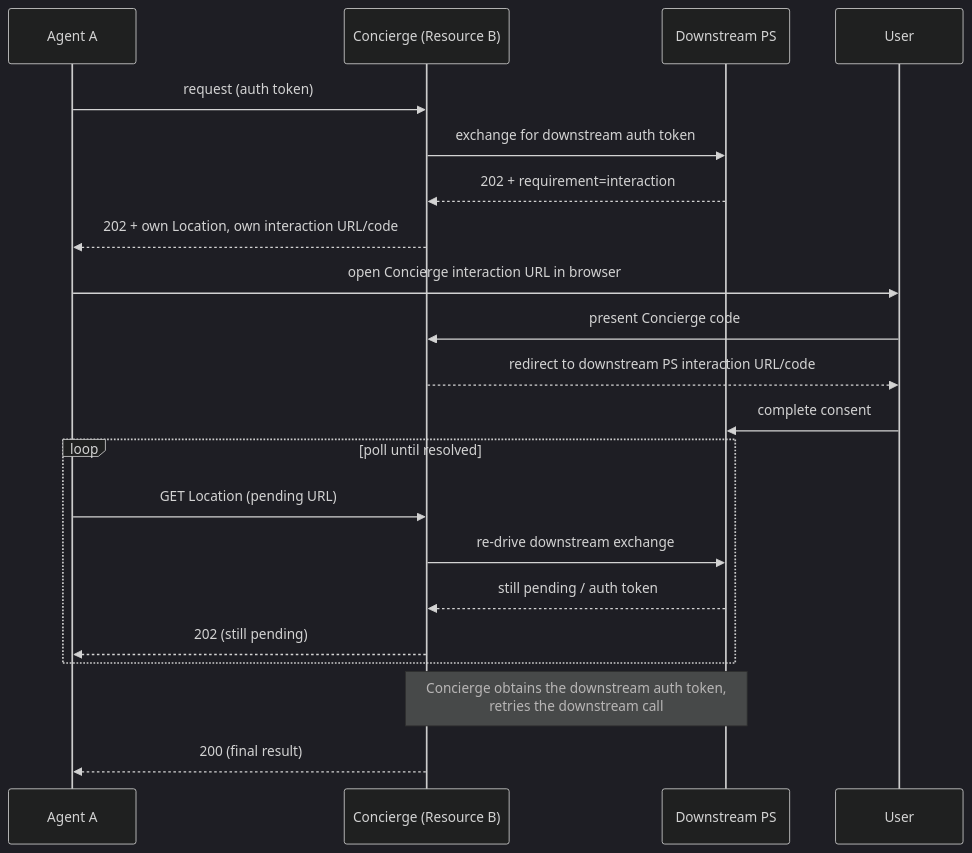
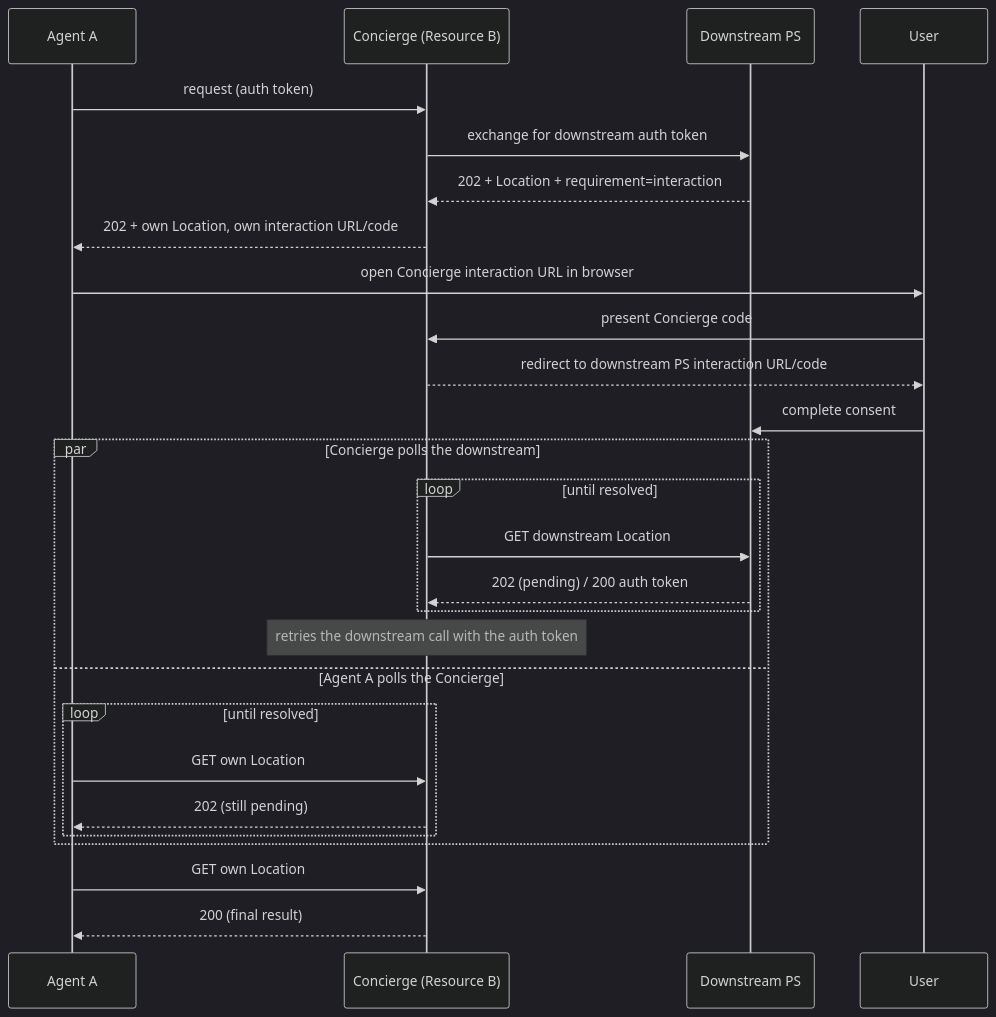
Before and after one commit to aauth-dev/dotnet-samples: the diagram in docs/advanced/interaction-chaining.md, drawn with Mermaid (dark theme). The commit also changed other lines of this file and 13 other files, not shown here.

````diff
--- a/docs/advanced/interaction-chaining.md
+++ b/docs/advanced/interaction-chaining.md
@@ -28,26 +35,32 @@
 ```mermaid
 sequenceDiagram
     participant A as Agent A
     participant C as Concierge (Resource B)
     participant PS as Downstream PS
     participant U as User
 
     A->>C: request (auth token)
     C->>PS: exchange for downstream auth token
-    PS-->>C: 202 + requirement=interaction
+    PS-->>C: 202 + Location + requirement=interaction
     C-->>A: 202 + own Location, own interaction URL/code
 
     A->>U: open Concierge interaction URL in browser
     U->>C: present Concierge code
     C-->>U: redirect to downstream PS interaction URL/code
     U->>PS: complete consent
 
-    loop poll until resolved
-        A->>C: GET Location (pending URL)
-        C->>PS: re-drive downstream exchange
-        PS-->>C: still pending / auth token
-        C-->>A: 202 (still pending)
+    par Concierge polls the downstream
+        loop until resolved
+            C->>PS: GET downstream Location
+            PS-->>C: 202 (pending) / 200 auth token
+        end
+        Note over C: retries the downstream call with the auth token
+    and Agent A polls the Concierge
+        loop until resolved
+            A->>C: GET own Location
+            C-->>A: 202 (still pending)
+        end
     end
-    Note over C,PS: Concierge obtains the downstream auth token,<br/>retries the downstream call
+    A->>C: GET own Location
     C-->>A: 200 (final result)
 ```
````
